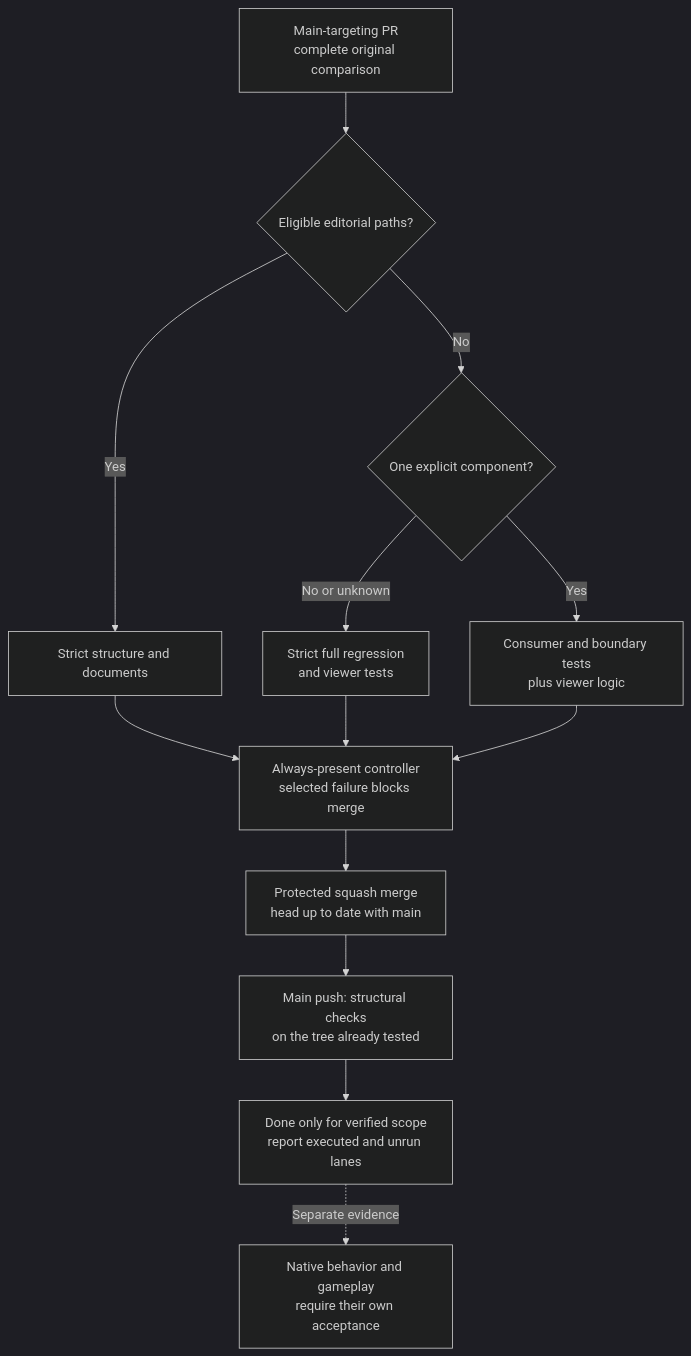
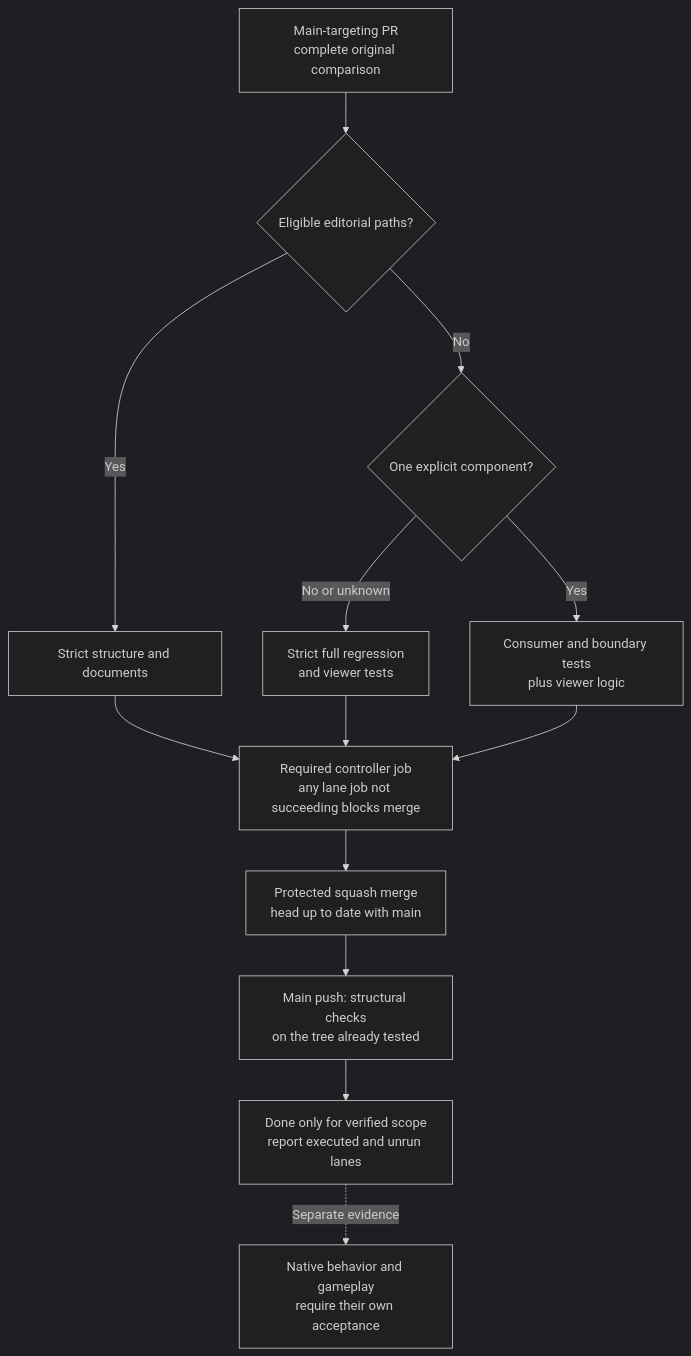
The first of 2 diagrams in docs/workflows/ci-profiles.md (CVX-Hull/enactive), drawn with Mermaid (dark theme) before and after one commit. The commit also changed other lines of this file and 16 other files, not shown here.

First line of the commit message:
Run the pull-request check as parallel jobs behind controller (#575)

````diff
--- a/docs/workflows/ci-profiles.md
+++ b/docs/workflows/ci-profiles.md
@@ -9,17 +9,17 @@
 ```mermaid
 flowchart TB
   accTitle: Proportional checks on pull requests, structural checks on main
-  accDescr: Main-targeting pull requests use documentation consistency, explicit component consumer tests, or full portable regression from the complete diff. The required controller reports actual execution and failures block protected merge. Main's ruleset requires the pull request to be up to date with main, so a squash merge gives main the tree the pull request's run tested, and a push to main runs the structural checks only. Native and gameplay acceptance remain separate.
+  accDescr: Main-targeting pull requests use documentation consistency, explicit component consumer tests, or full portable regression from the complete diff. The selected profile runs as lane jobs, and the required controller job passes only if every one of them succeeded, so a failure blocks protected merge. Main's ruleset requires the pull request to be up to date with main, so a squash merge gives main the tree the pull request's run tested, and a push to main runs the structural checks only. Native and gameplay acceptance remain separate.
   P["Main-targeting PR<br/>complete original comparison"] --> E{"Eligible editorial paths?"}
   E -- Yes --> D["Strict structure and documents"]
   E -- No --> B{"One explicit component?"}
   B -- Yes --> T["Consumer and boundary tests<br/>plus viewer logic"]
   B -- No or unknown --> F["Strict full regression<br/>and viewer tests"]
-  D --> C["Always-present controller<br/>selected failure blocks merge"]
+  D --> C["Required controller job<br/>any lane job not succeeding blocks merge"]
   F --> C
   T --> C
   C --> M["Protected squash merge<br/>head up to date with main"]
   M --> S["Main push: structural checks<br/>on the tree already tested"]
   S --> V["Done only for verified scope<br/>report executed and unrun lanes"]
   V -. "Separate evidence" .-> N["Native behavior and gameplay<br/>require their own acceptance"]
 ```
````
